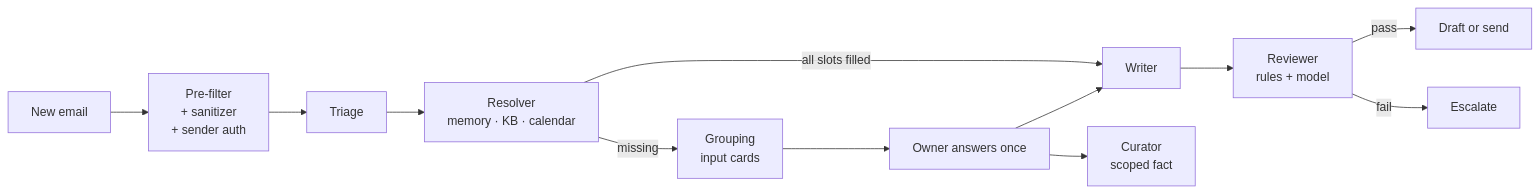
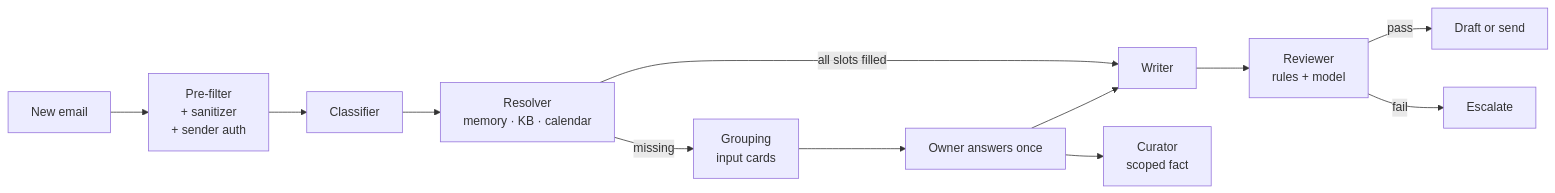
The diagram in README.md (dhiasalah/email-response-agent), drawn with Mermaid before and after one commit. The commit also changed other lines of this file and 44 other files, not shown here.

First line of the commit message:
Rename triage to classifier and classification

````diff
--- a/README.md
+++ b/README.md
@@ -14,14 +14,14 @@
 ```mermaid
 flowchart LR
     IN[New email] --> PF[Pre-filter<br/>+ sanitizer<br/>+ sender auth]
-    PF --> TR[Triage]
+    PF --> TR[Classifier]
     TR --> RS[Resolver<br/>memory · KB · calendar]
     RS -->|all slots filled| WR[Writer]
     RS -->|missing| GR[Grouping<br/>input cards]
     GR --> OWN[Owner answers once]
     OWN --> CU[Curator<br/>scoped fact]
     OWN --> WR
     WR --> RV[Reviewer<br/>rules + model]
     RV -->|pass| OUT[Draft or send]
     RV -->|fail| ESC[Escalate]
 ```
````
